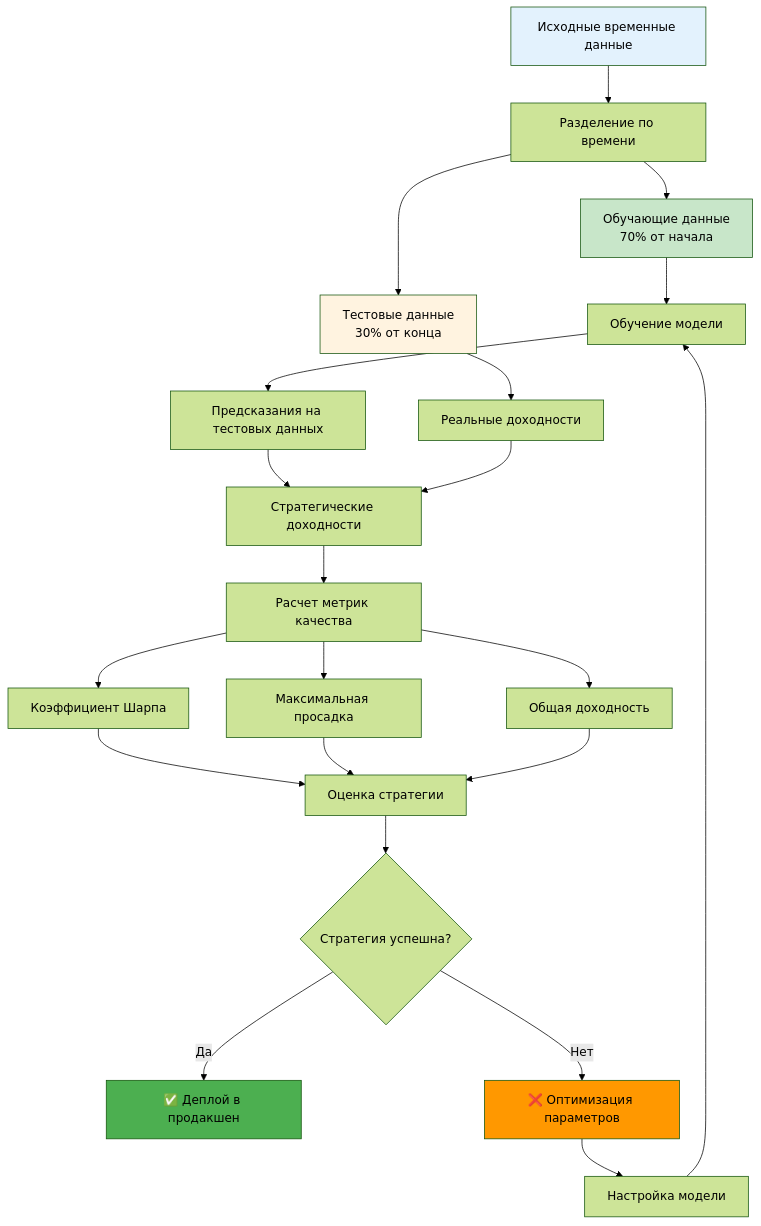
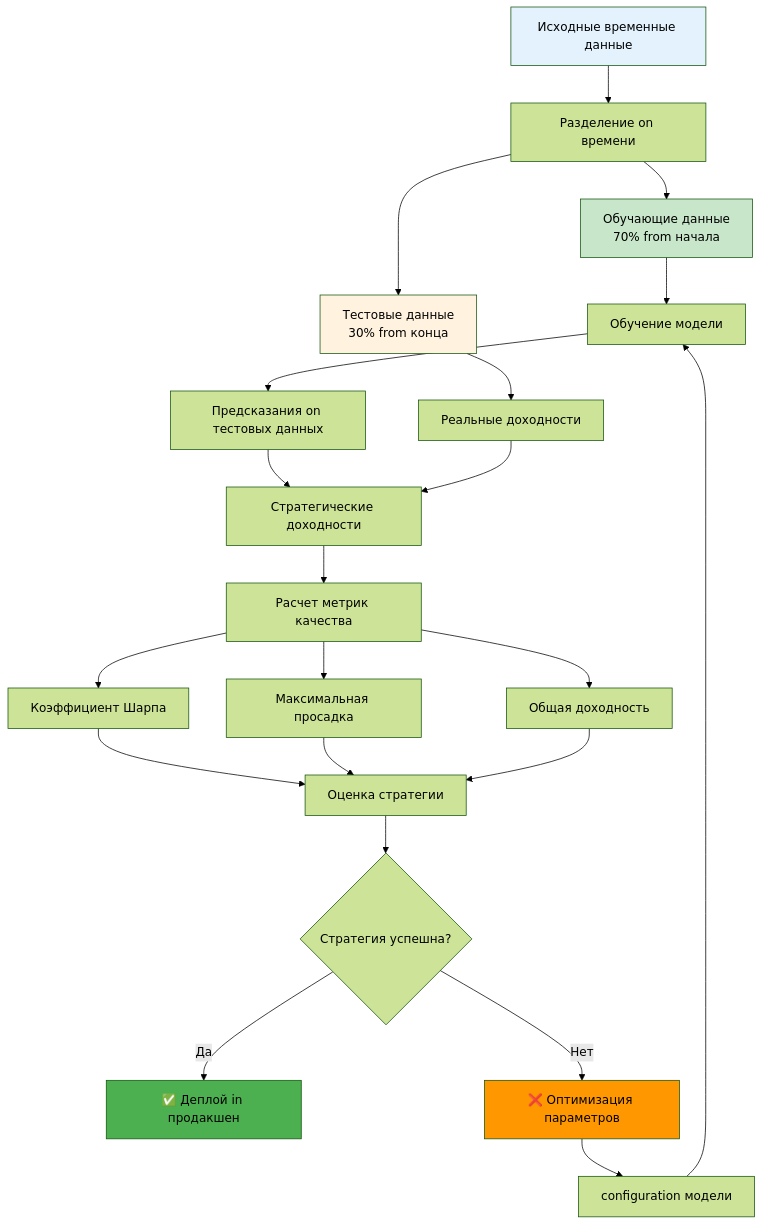
Before and after one commit to NeoZorK/neozork-hld-prediction: the third of 9 diagrams in docs/automl/gluon/29_backtesting_methods.md, drawn with Mermaid (forest theme). The commit also changed other lines of this file and 19 other files, not shown here.

````diff
--- a/docs/automl/gluon/29_backtesting_methods.md
+++ b/docs/automl/gluon/29_backtesting_methods.md
@@ -146,36 +146,36 @@
 ```mermaid
 graph TD
-    A[Исходные временные данные] --> B[Разделение по времени]
-    
-    B --> C[Обучающие данные<br/>70% от начала]
-    B --> D[Тестовые данные<br/>30% от конца]
-    
-    C --> E[Обучение модели]
-    E --> F[Предсказания на тестовых данных]
-    
-    D --> G[Реальные доходности]
-    F --> H[Стратегические доходности]
-    G --> H
-    
-    H --> I[Расчет метрик качества]
-    I --> J[Коэффициент Шарпа]
-    I --> K[Максимальная просадка]
-    I --> L[Общая доходность]
-    
-    J --> M[Оценка стратегии]
-    K --> M
-    L --> M
-    
-    M --> N{Стратегия успешна?}
-    N -->|Да| O[✅ Деплой в продакшен]
-    N -->|Нет| P[❌ Оптимизация параметров]
-    
-    P --> Q[Настройка модели]
-    Q --> E
-    
-    style A fill:#e3f2fd
-    style C fill:#c8e6c9
-    style D fill:#fff3e0
-    style O fill:#4caf50
-    style P fill:#ff9800
+ A[Исходные временные данные] --> B[Разделение on времени]
+
+ B --> C[Обучающие данные<br/>70% from начала]
+ B --> D[Тестовые данные<br/>30% from конца]
+
+ C --> E[Обучение модели]
+ E --> F[Предсказания on тестовых данных]
+
+ D --> G[Реальные доходности]
+ F --> H[Стратегические доходности]
+ G --> H
+
+ H --> I[Расчет метрик качества]
+ I --> J[Коэффициент Шарпа]
+ I --> K[Максимальная просадка]
+ I --> L[Общая доходность]
+
+ J --> M[Оценка стратегии]
+ K --> M
+ L --> M
+
+ M --> N{Стратегия успешна?}
+ N -->|Да| O[✅ Деплой in продакшен]
+ N -->|Нет| P[❌ Оптимизация параметров]
+
+ P --> Q[configuration модели]
+ Q --> E
+
+ style A fill:#e3f2fd
+ style C fill:#c8e6c9
+ style D fill:#fff3e0
+ style O fill:#4caf50
+ style P fill:#ff9800
 ```
````
